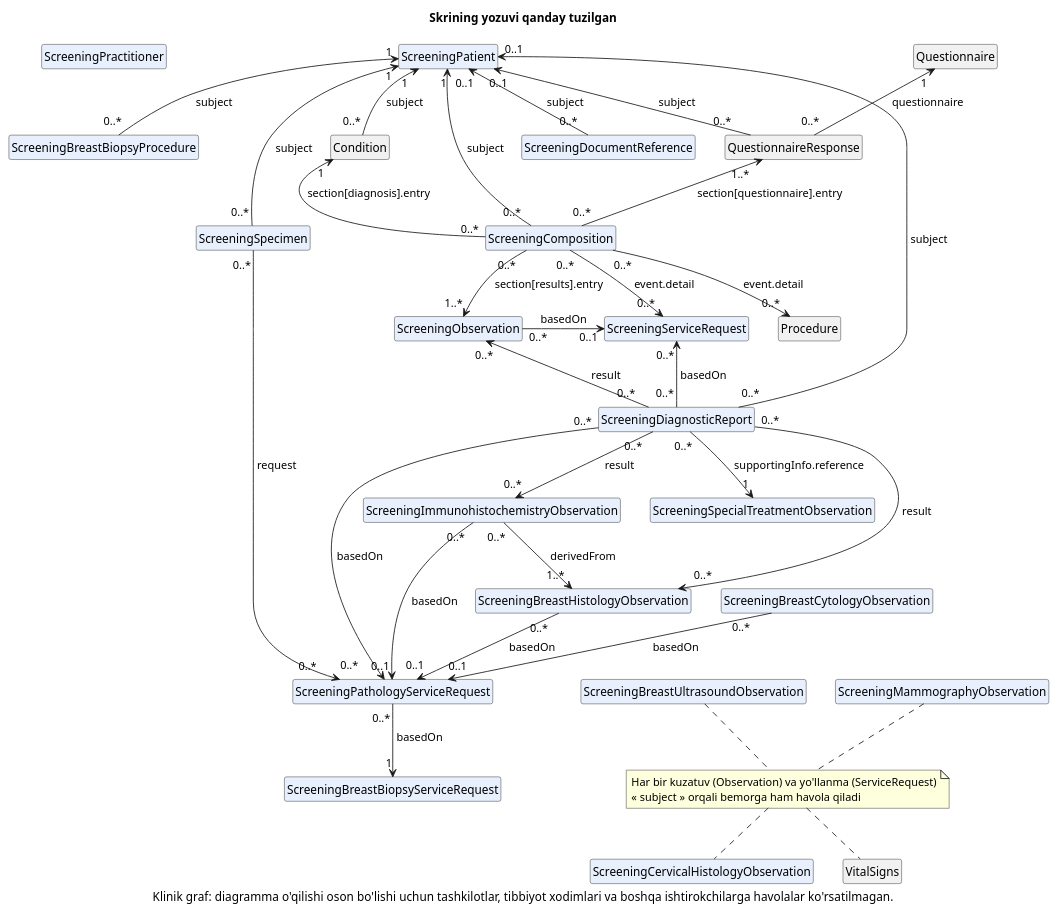
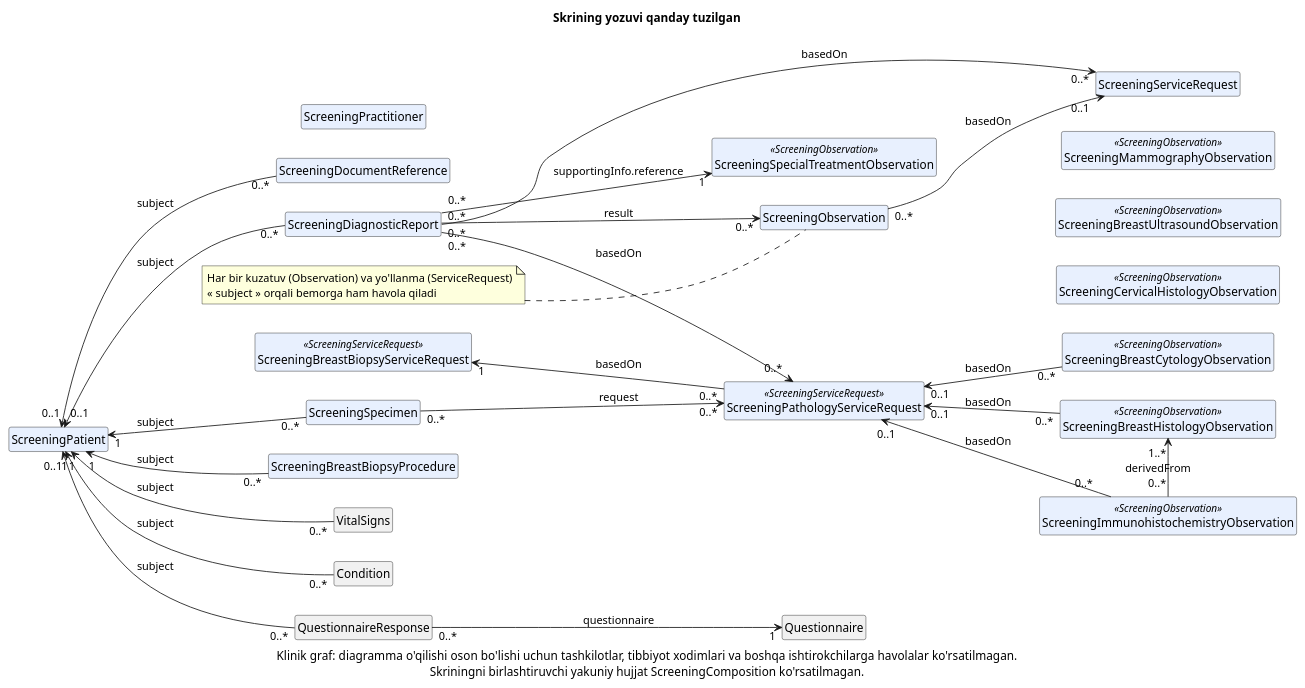
The diagram in input/images-source/screening-model-uz.plantuml (uzinfocom-org/digital-health-integration), drawn with PlantUML before and after one commit. The commit also changed 5 other files, not shown here.

Commit message:
Screening diagram: drop Composition, left-to-right layout

```diff
--- a/input/images-source/screening-model-uz.plantuml
+++ b/input/images-source/screening-model-uz.plantuml
@@ -1,77 +1,58 @@
 @startuml screening-model-uz
 hide circle
 hide empty members
+left to right direction
 title Skrining yozuvi qanday tuzilgan
 
 class ScreeningPatient [[StructureDefinition-screening-patient.html{ScreeningPatient profilini ochish}]] #E8F0FE
 class ScreeningPractitioner [[StructureDefinition-screening-practitioner.html{ScreeningPractitioner profilini ochish}]] #E8F0FE
-class ScreeningComposition [[StructureDefinition-screening-composition.html{ScreeningComposition profilini ochish}]] #E8F0FE
 class ScreeningDocumentReference [[StructureDefinition-screening-document-reference.html{ScreeningDocumentReference profilini ochish}]] #E8F0FE
 class ScreeningDiagnosticReport [[StructureDefinition-screening-diagnostic-report.html{ScreeningDiagnosticReport profilini ochish}]] #E8F0FE
 class ScreeningServiceRequest [[StructureDefinition-screening-service-request.html{ScreeningServiceRequest profilini ochish}]] #E8F0FE
-class ScreeningBreastBiopsyServiceRequest [[StructureDefinition-screening-breast-biopsy-service-request.html{ScreeningBreastBiopsyServiceRequest profilini ochish}]] #E8F0FE
-class ScreeningPathologyServiceRequest [[StructureDefinition-screening-pathology-service-request.html{ScreeningPathologyServiceRequest profilini ochish}]] #E8F0FE
+class ScreeningBreastBiopsyServiceRequest <<ScreeningServiceRequest>> [[StructureDefinition-screening-breast-biopsy-service-request.html{ScreeningBreastBiopsyServiceRequest profilini ochish}]] #E8F0FE
+class ScreeningPathologyServiceRequest <<ScreeningServiceRequest>> [[StructureDefinition-screening-pathology-service-request.html{ScreeningPathologyServiceRequest profilini ochish}]] #E8F0FE
 class ScreeningBreastBiopsyProcedure [[StructureDefinition-screening-breast-biopsy-procedure.html{ScreeningBreastBiopsyProcedure profilini ochish}]] #E8F0FE
 class ScreeningSpecimen [[StructureDefinition-screening-specimen.html{ScreeningSpecimen profilini ochish}]] #E8F0FE
 class ScreeningObservation [[StructureDefinition-screening-observation.html{ScreeningObservation profilini ochish}]] #E8F0FE
-class ScreeningMammographyObservation [[StructureDefinition-screening-mammography-observation.html{ScreeningMammographyObservation profilini ochish}]] #E8F0FE
-class ScreeningBreastUltrasoundObservation [[StructureDefinition-screening-breast-ultrasound-observation.html{ScreeningBreastUltrasoundObservation profilini ochish}]] #E8F0FE
-class ScreeningBreastCytologyObservation [[StructureDefinition-screening-breast-cytology-observation.html{ScreeningBreastCytologyObservation profilini ochish}]] #E8F0FE
-class ScreeningBreastHistologyObservation [[StructureDefinition-screening-breast-histology-observation.html{ScreeningBreastHistologyObservation profilini ochish}]] #E8F0FE
-class ScreeningCervicalHistologyObservation [[StructureDefinition-screening-cervical-histology-observation.html{ScreeningCervicalHistologyObservation profilini ochish}]] #E8F0FE
-class ScreeningImmunohistochemistryObservation [[StructureDefinition-screening-immunohistochemistry-observation.html{ScreeningImmunohistochemistryObservation profilini ochish}]] #E8F0FE
-class ScreeningSpecialTreatmentObservation [[StructureDefinition-screening-special-treatment-observation.html{ScreeningSpecialTreatmentObservation profilini ochish}]] #E8F0FE
+class ScreeningMammographyObservation <<ScreeningObservation>> [[StructureDefinition-screening-mammography-observation.html{ScreeningMammographyObservation profilini ochish}]] #E8F0FE
+class ScreeningBreastUltrasoundObservation <<ScreeningObservation>> [[StructureDefinition-screening-breast-ultrasound-observation.html{ScreeningBreastUltrasoundObservation profilini ochish}]] #E8F0FE
+class ScreeningBreastCytologyObservation <<ScreeningObservation>> [[StructureDefinition-screening-breast-cytology-observation.html{ScreeningBreastCytologyObservation profilini ochish}]] #E8F0FE
+class ScreeningBreastHistologyObservation <<ScreeningObservation>> [[StructureDefinition-screening-breast-histology-observation.html{ScreeningBreastHistologyObservation profilini ochish}]] #E8F0FE
+class ScreeningCervicalHistologyObservation <<ScreeningObservation>> [[StructureDefinition-screening-cervical-histology-observation.html{ScreeningCervicalHistologyObservation profilini ochish}]] #E8F0FE
+class ScreeningImmunohistochemistryObservation <<ScreeningObservation>> [[StructureDefinition-screening-immunohistochemistry-observation.html{ScreeningImmunohistochemistryObservation profilini ochish}]] #E8F0FE
+class ScreeningSpecialTreatmentObservation <<ScreeningObservation>> [[StructureDefinition-screening-special-treatment-observation.html{ScreeningSpecialTreatmentObservation profilini ochish}]] #E8F0FE
 class VitalSigns [[https://hl7.org/fhir/observation-vitalsigns.html{FHIR vital signs profillarini ochish}]]
 class Condition [[https://dhp.uz/fhir/core/StructureDefinition-uz-core-condition.html{UZ Core Condition profilini ochish}]]
-class Procedure [[https://dhp.uz/fhir/core/StructureDefinition-uz-core-procedure.html{UZ Core Procedure profilini ochish}]]
 class QuestionnaireResponse [[https://dhp.uz/fhir/core/StructureDefinition-uz-core-questionnaire-response.html{UZ Core QuestionnaireResponse profilini ochish}]]
 class Questionnaire [[https://dhp.uz/fhir/core/StructureDefinition-uz-core-questionnaire.html{UZ Core Questionnaire profilini ochish}]]
 
 ScreeningPatient "0..1" <-- "0..*" QuestionnaireResponse : « subject »
-Questionnaire "1" <-- "0..*" QuestionnaireResponse : « questionnaire »
+QuestionnaireResponse "0..*" --> "1" Questionnaire : « questionnaire »
 ScreeningPatient "1" <-- "0..*" Condition : « subject »
 ScreeningPatient "0..1" <-- "0..*" ScreeningDocumentReference : « subject »
+ScreeningPatient "1" <-- "0..*" VitalSigns : « subject »
 ScreeningPatient "1" <-- "0..*" ScreeningBreastBiopsyProcedure : « subject »
-
-QuestionnaireResponse "1..*" <-- "0..*" ScreeningComposition : « section[questionnaire].entry »
-Condition "1" <-- "0..*" ScreeningComposition : « section[diagnosis].entry »
-ScreeningPatient "1" <-- "0..*" ScreeningComposition : « subject »
+ScreeningPatient "0..1" <-- "0..*" ScreeningDiagnosticReport : « subject »
 ScreeningPatient "1" <-- "0..*" ScreeningSpecimen : « subject »
-ScreeningPatient "0..1" <-- "0..*" ScreeningDiagnosticReport : « subject »
-
-ScreeningComposition "0..*" --> "0..*" Procedure : « event.detail »
-ScreeningComposition "0..*" --> "1..*" ScreeningObservation : « section[results].entry »
-ScreeningComposition "0..*" --> "0..*" ScreeningServiceRequest : « event.detail »
-ScreeningObservation "0..*" -right-> "0..1" ScreeningServiceRequest : « basedOn »
-ScreeningObservation "0..*" <-- "0..*" ScreeningDiagnosticReport : « result »
-ScreeningServiceRequest "0..*" <-- "0..*" ScreeningDiagnosticReport : « basedOn »
+ScreeningDiagnosticReport "0..*" --> "0..*" ScreeningServiceRequest : « basedOn »
+ScreeningDiagnosticReport "0..*" --> "0..*" ScreeningObservation : « result »
 ScreeningDiagnosticReport "0..*" --> "1" ScreeningSpecialTreatmentObservation : « supportingInfo.reference »
-
-ScreeningDiagnosticReport "0..*" --> "0..*" ScreeningImmunohistochemistryObservation : « result »
-ScreeningDiagnosticReport "0..*" --> "0..*" ScreeningBreastHistologyObservation : « result »
-ScreeningImmunohistochemistryObservation "0..*" --> "1..*" ScreeningBreastHistologyObservation : « derivedFrom »
-' trailing spaces keep this multiplicity clear of the one below it
-ScreeningDiagnosticReport "0..*" --> "0..*      " ScreeningPathologyServiceRequest : « basedOn »
-ScreeningImmunohistochemistryObservation "0..*" --> "0..1" ScreeningPathologyServiceRequest : « basedOn »
-ScreeningBreastHistologyObservation "0..*" --> "0..1" ScreeningPathologyServiceRequest : « basedOn »
-ScreeningBreastCytologyObservation "0..*" --> "0..1" ScreeningPathologyServiceRequest : « basedOn »
+ScreeningDiagnosticReport "0..*" --> "0..*" ScreeningPathologyServiceRequest : « basedOn »
+ScreeningObservation "0..*" --> "0..1" ScreeningServiceRequest : « basedOn »
 ScreeningSpecimen "0..*" --> "0..*" ScreeningPathologyServiceRequest : « request »
-ScreeningPathologyServiceRequest "0..*" --> "1" ScreeningBreastBiopsyServiceRequest : « basedOn »
+ScreeningBreastBiopsyServiceRequest "1" <-- "0..*" ScreeningPathologyServiceRequest : « basedOn »
+ScreeningPathologyServiceRequest "0..1" <-- "0..*" ScreeningBreastCytologyObservation : « basedOn »
+ScreeningPathologyServiceRequest "0..1" <-- "0..*" ScreeningBreastHistologyObservation : « basedOn »
+ScreeningPathologyServiceRequest "0..1" <-- "0..*" ScreeningImmunohistochemistryObservation : « basedOn »
+ScreeningImmunohistochemistryObservation "0..*" -[norank]-> "1..*" ScreeningBreastHistologyObservation : « derivedFrom »
+ScreeningObservation -[hidden]-> ScreeningMammographyObservation
+ScreeningObservation -[hidden]-> ScreeningBreastUltrasoundObservation
+ScreeningObservation -[hidden]-> ScreeningCervicalHistologyObservation
+ScreeningPatient -[hidden]-> ScreeningPractitioner
 
 note "Har bir kuzatuv (Observation) va yo'llanma (ServiceRequest)\n« subject » orqali bemorga ham havola qiladi" as N1
-ScreeningMammographyObservation .. N1
-ScreeningBreastUltrasoundObservation .. N1
-N1 .. ScreeningCervicalHistologyObservation
-N1 .. VitalSigns
+N1 .. ScreeningObservation
 
-' layout: keep the page column narrow by pushing the specimen a
-' rank down and stacking the patient-only results around the note
-ScreeningBreastBiopsyProcedure -[hidden]down- ScreeningSpecimen
-ScreeningObservation -[hidden]right- Procedure
-ScreeningPractitioner -[hidden]down- ScreeningBreastBiopsyProcedure
-ScreeningBreastCytologyObservation -[hidden]down- ScreeningMammographyObservation
-ScreeningBreastCytologyObservation -[hidden]down- ScreeningBreastUltrasoundObservation
-
-caption Klinik graf: diagramma o'qilishi oson bo'lishi uchun tashkilotlar, tibbiyot xodimlari va boshqa ishtirokchilarga havolalar ko'rsatilmagan.
+caption Klinik graf: diagramma o'qilishi oson bo'lishi uchun tashkilotlar, tibbiyot xodimlari va boshqa ishtirokchilarga havolalar ko'rsatilmagan.\nSkriningni birlashtiruvchi yakuniy hujjat ScreeningComposition ko'rsatilmagan.
 
 @enduml
```
